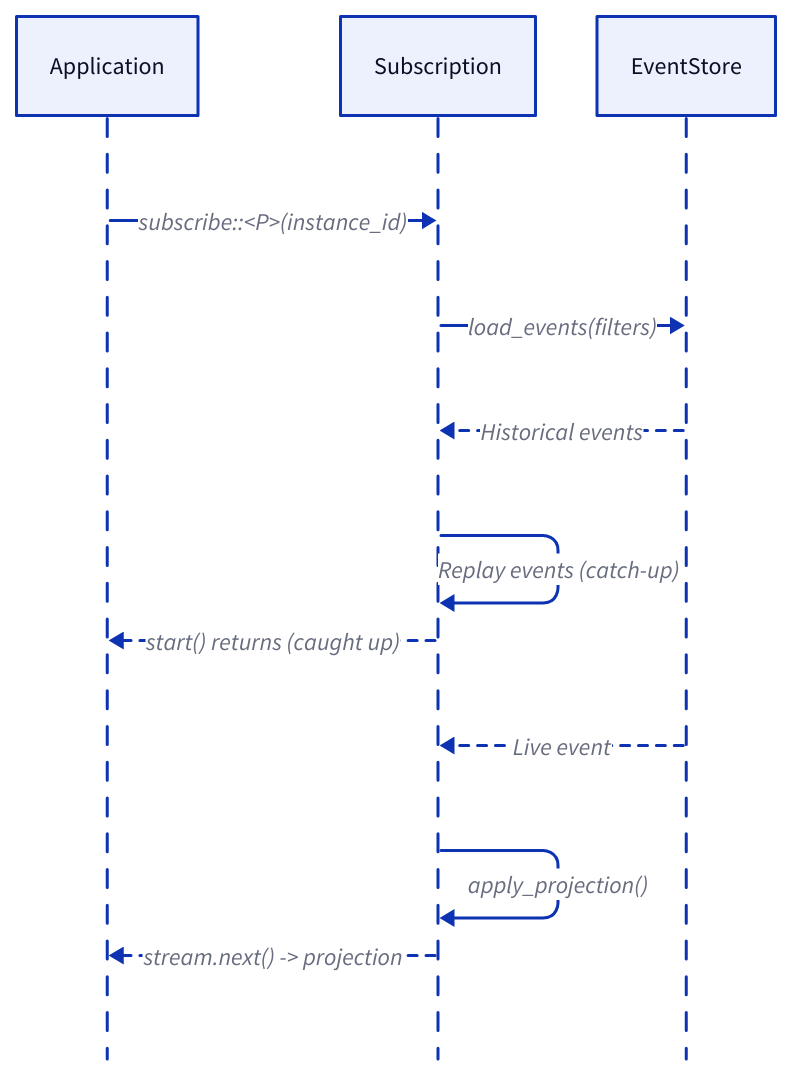
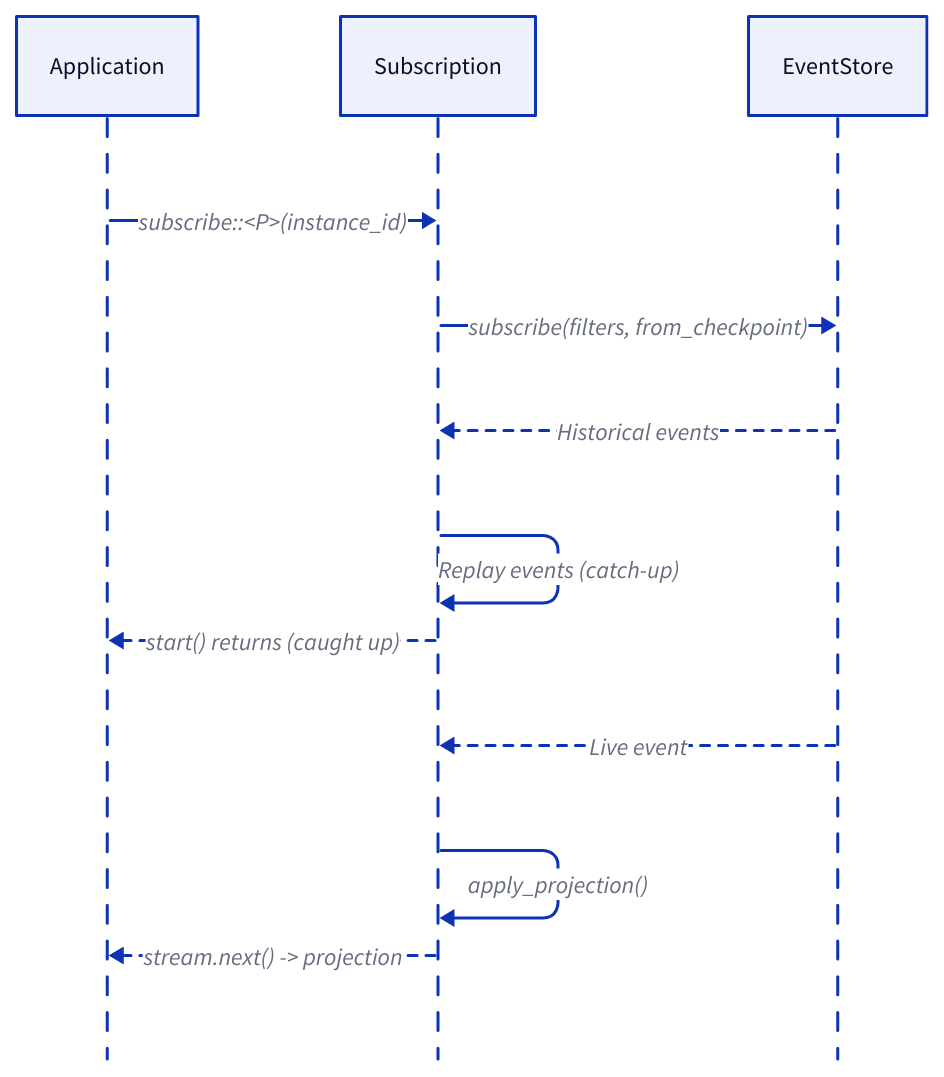
One commit to danieleades/sourcery changed the diagram in docs/src/advanced/subscriptions.md. Above: the diagram before and after it, drawn with D2. The commit also changed other lines of this file and 15 other files, not shown here.

````diff
--- a/docs/src/advanced/subscriptions.md
+++ b/docs/src/advanced/subscriptions.md
@@ -33,16 +33,16 @@
 ```d2
 shape: sequence_diagram
 
 App: Application
 Sub: Subscription
 Store: EventStore
 
 App -> Sub: "subscribe::<P>(instance_id)"
-Sub -> Store: "load_events(filters)"
+Sub -> Store: "subscribe(filters, from_checkpoint)"
 Store -> Sub: "Historical events" {style.stroke-dash: 3}
 Sub -> Sub: "Replay events (catch-up)"
 Sub -> App: "start() returns (caught up)" {style.stroke-dash: 3}
 Store -> Sub: "Live event" {style.stroke-dash: 3}
 Sub -> Sub: "apply_projection()"
 Sub -> App: "stream.next() -> projection" {style.stroke-dash: 3}
 ```
````
